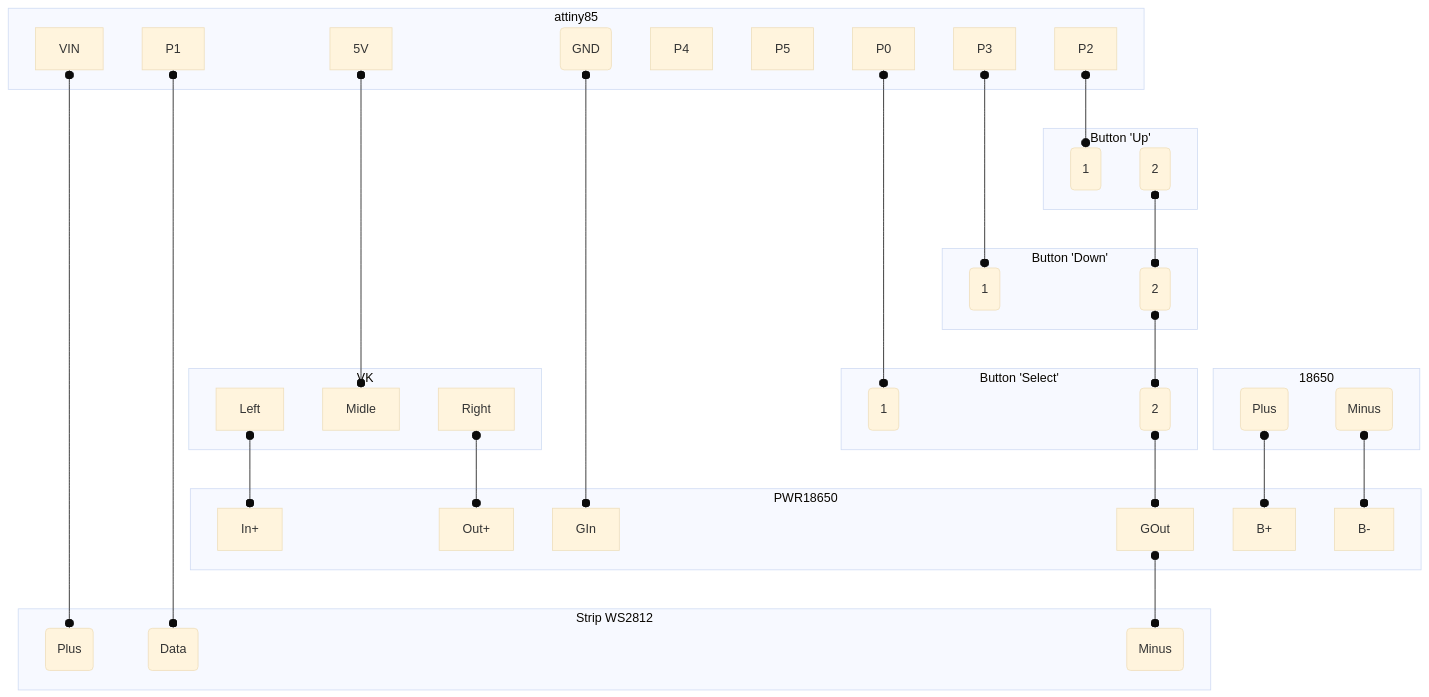
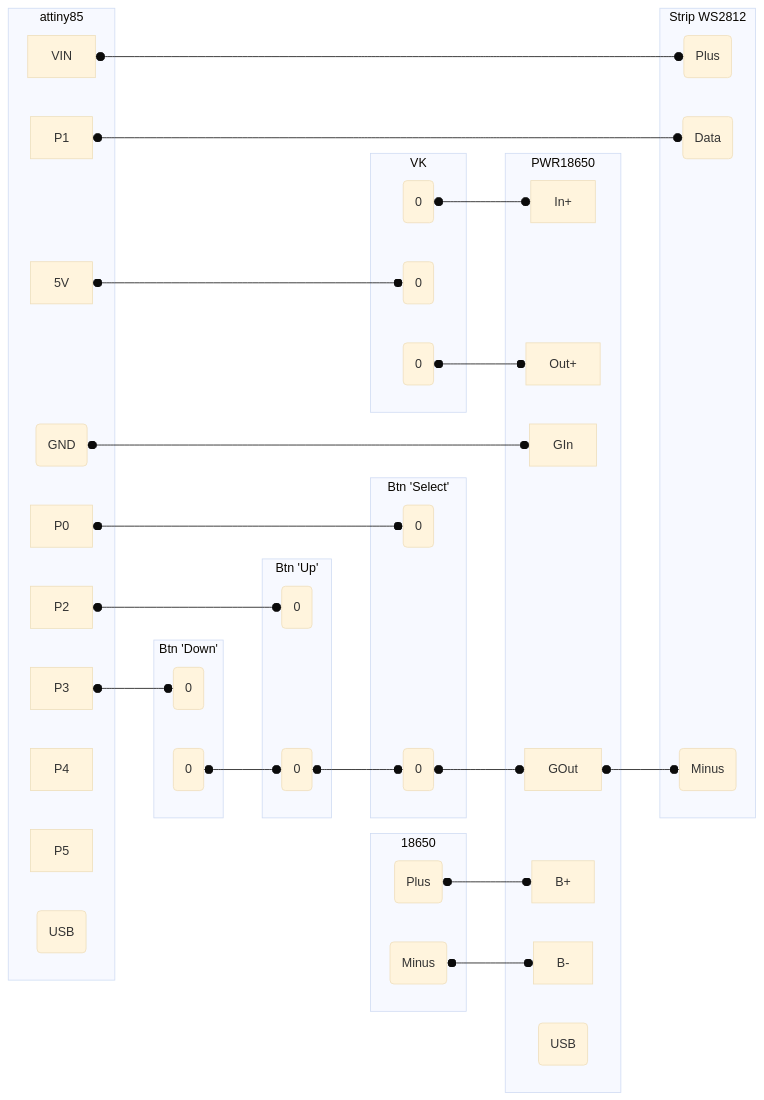
Before and after one commit to bugyaru/munchkin-level: the diagram in README.md, drawn with Mermaid (base theme).

````diff
--- a/README.md
+++ b/README.md
@@ -17,63 +17,65 @@
 ```mermaid  
-graph TB
+graph LR
 	subgraph "attiny85"
 		P0
 		P1
 		P2 
 		P3
-		P4
-		P5
 		VIN
 		5V
 		GND0("GND")
+		P4
+		P5
+		USB1("USB")
 	end
 	subgraph "VK"
-		Left
-		Midle
-		Right
+		V1("0")
+		V2("0")
+		V3("0")
 	end
 	subgraph "PWR18650"
 		In+
 		Out+
 		GIn
 		GOut
 		B+
 		B-
+		USB2("USB")
 	end
 	subgraph "Strip WS2812"
 		l1("Plus")
 		l2("Data")
 		l3("Minus")
 	end
-	subgraph "Button 'Select'"
-		S1("1")
-		S2("2")
+	subgraph "Btn 'Select'"
+		S1("0")
+		S2("0")
 	end
-	subgraph "Button 'Up'"
-		U1("1")
-		U2("2")
+	subgraph "Btn 'Up'"
+		U1("0")
+		U2("0")
 	end
-	subgraph "Button 'Down'"
-		D1("1")
-		D2("2")
+	subgraph "Btn 'Down'"
+		D1("0")
+		D2("0")
 	end
 	subgraph "18650"
 		B1("Plus")
 		B2("Minus")
 	end
-5V o--o Midle  
-Left o--o In+  
-Right o--o Out+  
+5V o--o V2  
+V1 o--o In+  
+V3 o--o Out+  
 GND0 o--o GIn  
 VIN o--o l1 
 GOut o--o l3
 P0 o--o S1  
 P1 o--o l2  
 P2 o--o U1  
 P3 o--o D1  
-U2 o--o D2  
-D2 o--o S2  
+D2 o--o U2  
+U2 o--o S2  
 S2 o--o GOut  
 B1 o--o B+  
 B2 o--o B-
 ```
````
